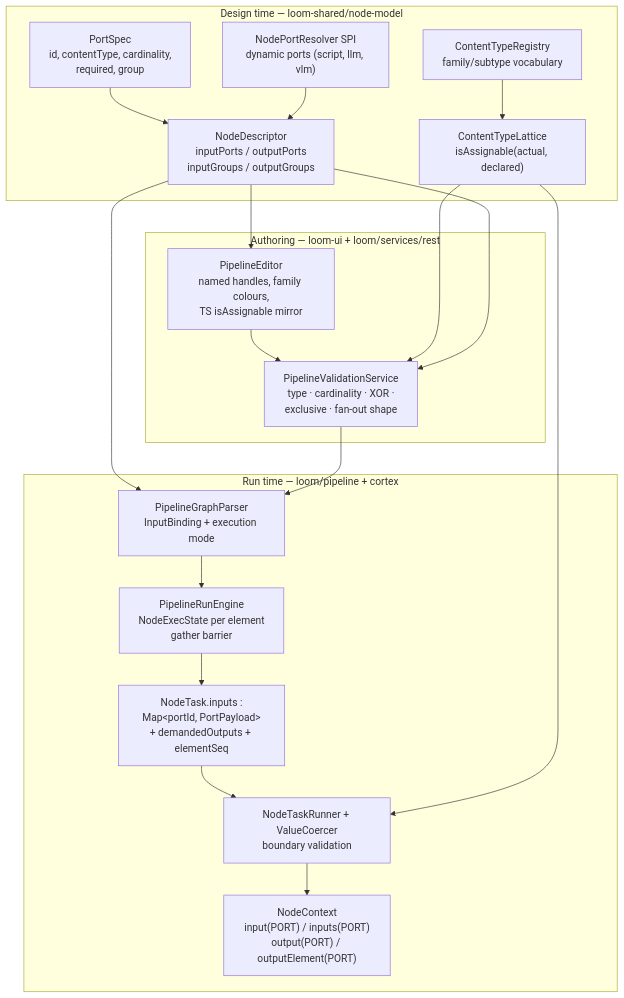
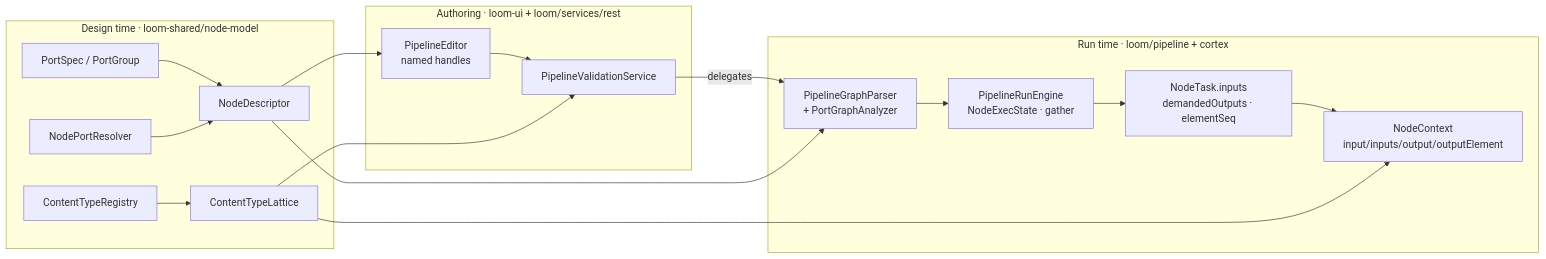
One commit to metaloom/metaloom changed the diagram in spec/features/pipeline/NODE_DATA_TYPES_PLAN.md. Above: the diagram before and after it, drawn with Mermaid. The commit also changed other lines of this file and 53 other files, not shown here.

Commit message:
Fix node tests, update spec files

````diff
--- a/spec/features/pipeline/NODE_DATA_TYPES_PLAN.md
+++ b/spec/features/pipeline/NODE_DATA_TYPES_PLAN.md
@@ -107,32 +88,21 @@
 ```mermaid
-graph TB
-    subgraph DESIGN["Design time — loom-shared/node-model"]
-        CT["ContentTypeRegistry<br/>family/subtype vocabulary"]
-        LAT["ContentTypeLattice<br/>isAssignable(actual, declared)"]
-        PS["PortSpec<br/>id, contentType, cardinality,<br/>required, group"]
-        ND["NodeDescriptor<br/>inputPorts / outputPorts<br/>inputGroups / outputGroups"]
-        RES["NodePortResolver SPI<br/>dynamic ports (script, llm, vlm)"]
-        CT --> LAT
-        PS --> ND
-        RES --> ND
+graph LR
+    subgraph D["Design time · loom-shared/node-model"]
+        CT[ContentTypeRegistry] --> LAT[ContentTypeLattice]
+        PS[PortSpec / PortGroup] --> ND[NodeDescriptor]
+        RES[NodePortResolver] --> ND
     end
-    subgraph AUTHOR["Authoring — loom-ui + loom/services/rest"]
-        ED["PipelineEditor<br/>named handles, family colours,<br/>TS isAssignable mirror"]
-        VAL["PipelineValidationService<br/>type · cardinality · XOR ·<br/>exclusive · fan-out shape"]
-        ED --> VAL
+    subgraph A["Authoring · loom-ui + loom/services/rest"]
+        ED[PipelineEditor<br/>named handles] --> VAL[PipelineValidationService]
     end
-    subgraph RUN["Run time — loom/pipeline + cortex"]
-        GP["PipelineGraphParser<br/>InputBinding + execution mode"]
-        EN["PipelineRunEngine<br/>NodeExecState per element<br/>gather barrier"]
-        WIRE["NodeTask.inputs :<br/>Map&lt;portId, PortPayload&gt;<br/>+ demandedOutputs + elementSeq"]
-        NR["NodeTaskRunner + ValueCoercer<br/>boundary validation"]
-        NC["NodeContext<br/>input(PORT) / inputs(PORT)<br/>output(PORT) / outputElement(PORT)"]
-        GP --> EN --> WIRE --> NR --> NC
+    subgraph R["Run time · loom/pipeline + cortex"]
+        GP[PipelineGraphParser<br/>+ PortGraphAnalyzer] --> EN[PipelineRunEngine<br/>NodeExecState · gather]
+        EN --> WIRE[NodeTask.inputs<br/>demandedOutputs · elementSeq]
+        WIRE --> NC[NodeContext<br/>input/inputs/output/outputElement]
     end
     LAT --> VAL
-    LAT --> NR
+    LAT --> NC
     ND --> ED
-    ND --> VAL
+    VAL -->|delegates| GP
     ND --> GP
-    VAL --> GP
 ```
````
